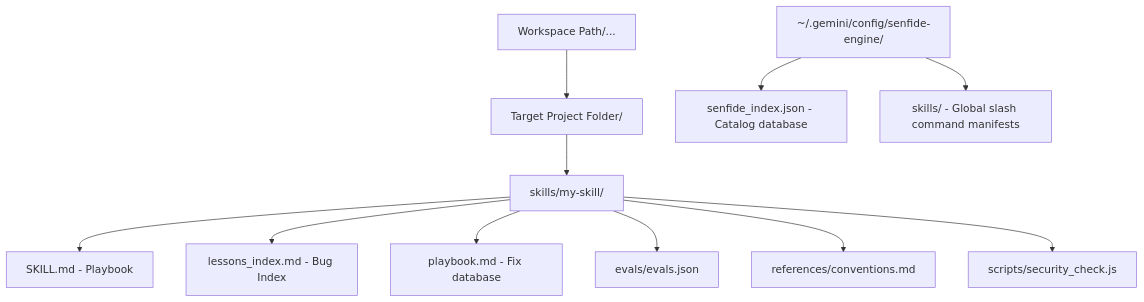
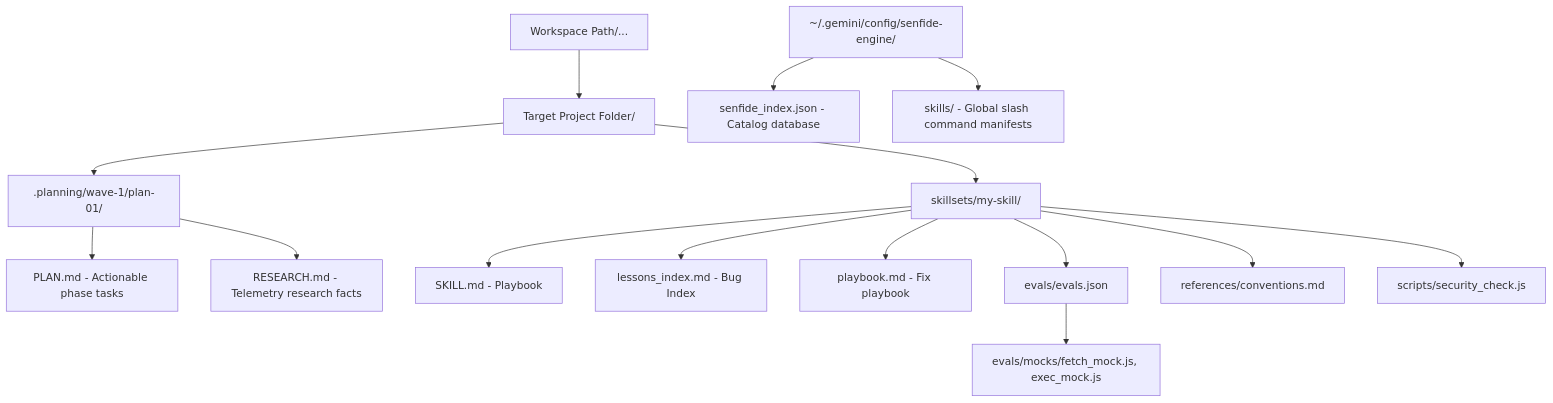
Before and after one commit to Danny0821/Senfide-Engine: the first of 2 diagrams in Senfide-documentation.md, drawn with Mermaid. The commit also changed other lines of this file and 4 other files, not shown here.

````diff
--- a/Senfide-documentation.md
+++ b/Senfide-documentation.md
@@ -13,14 +13,18 @@
 ```mermaid
 graph TD
     UserApp[Workspace Path/...] --> LocalWorkspace[Target Project Folder/]
-    LocalWorkspace --> LocalSkill[skills/my-skill/]
+    LocalWorkspace --> LocalSkill[skillsets/my-skill/]
+    LocalWorkspace --> LocalPlan[.planning/wave-1/plan-01/]
+    LocalPlan --> PLAN_MD[PLAN.md - Actionable phase tasks]
+    LocalPlan --> RESEARCH_MD[RESEARCH.md - Telemetry research facts]
     LocalSkill --> SKILL_MD[SKILL.md - Playbook]
     LocalSkill --> AL_Index[lessons_index.md - Bug Index]
-    LocalSkill --> AL_Play[playbook.md - Fix database]
+    LocalSkill --> AL_Play[playbook.md - Fix playbook]
     LocalSkill --> LocalEvals[evals/evals.json]
+    LocalEvals --> LocalMocks[evals/mocks/fetch_mock.js, exec_mock.js]
     LocalSkill --> LocalRefs[references/conventions.md]
     LocalSkill --> LocalScripts[scripts/security_check.js]
 
     GlobalConfig[~/.gemini/config/senfide-engine/] --> GlobalIndex[senfide_index.json - Catalog database]
     GlobalConfig --> GlobalSkills[skills/ - Global slash command manifests]
 ```
````
